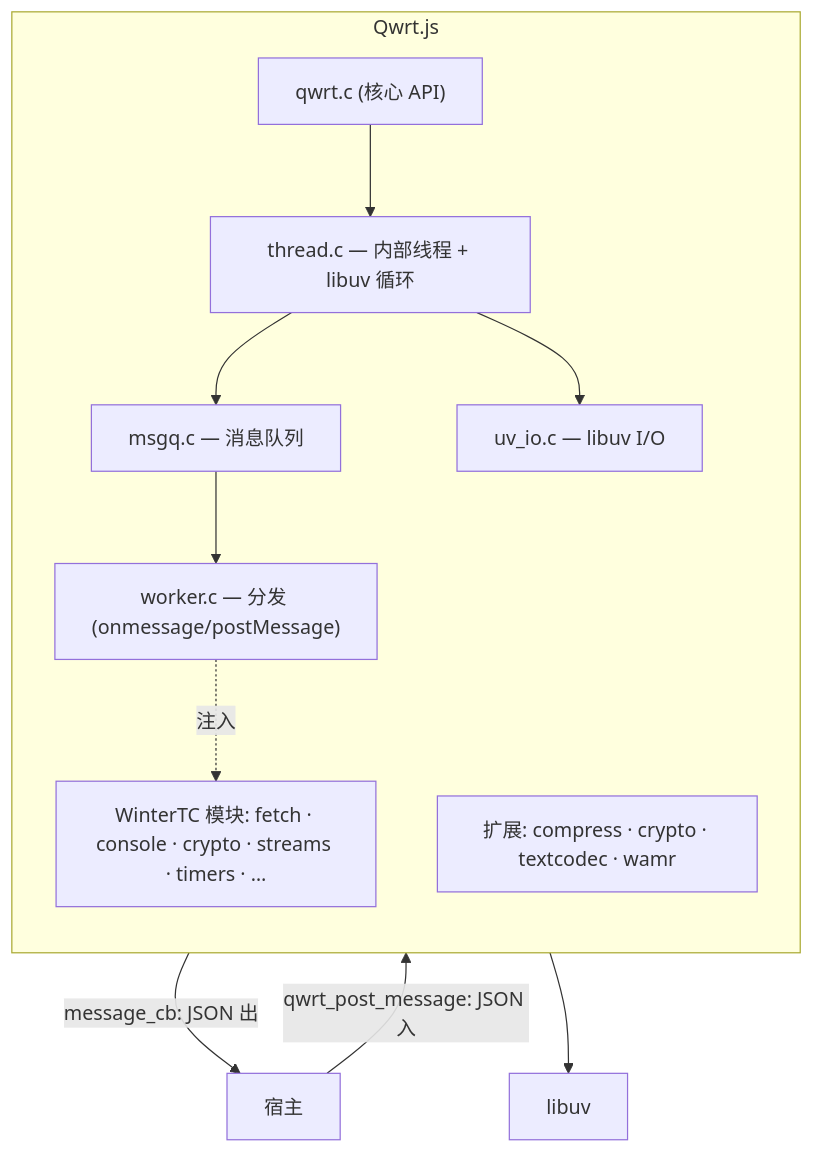
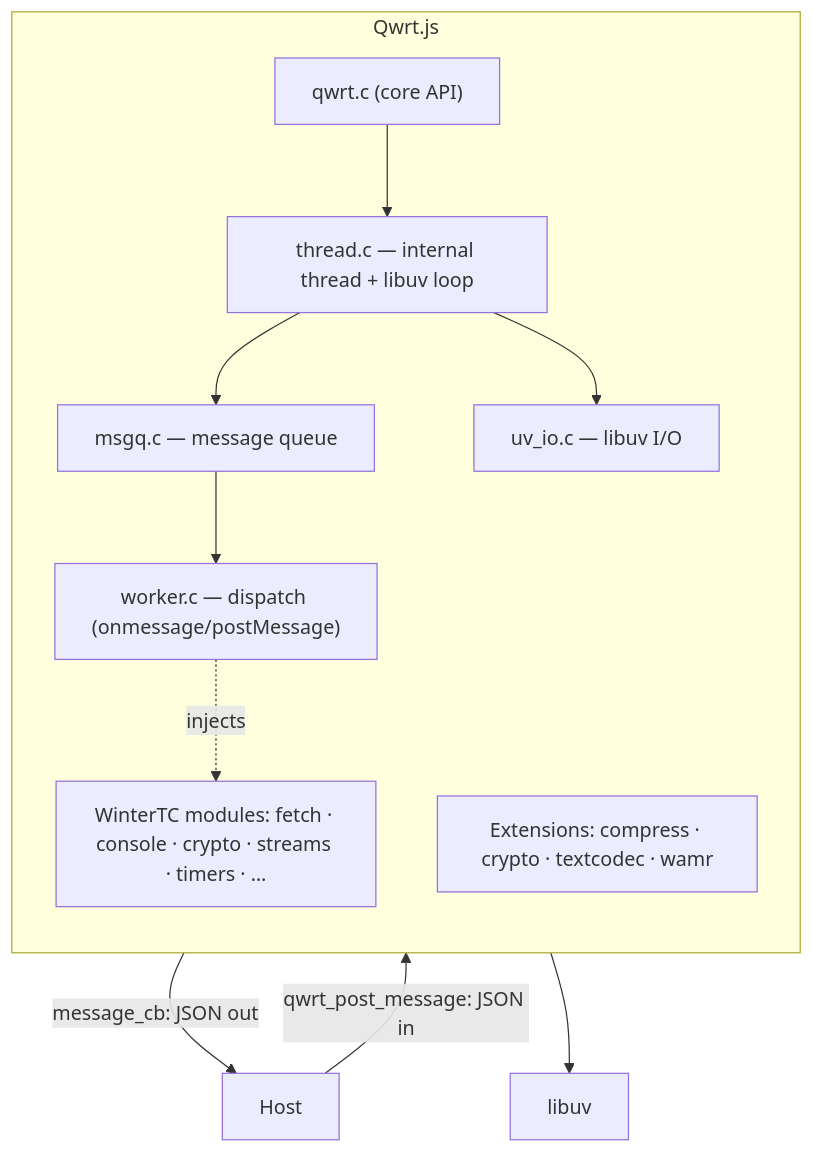
Before and after one commit to adam-ikari/qwrt: the diagram in docs/zh/index.md, drawn with Mermaid. The commit also changed other lines of this file and 2 other files, not shown here.

````diff
--- a/docs/zh/index.md
+++ b/docs/zh/index.md
@@ -74,21 +72,21 @@
 ```mermaid
 flowchart TB
     subgraph QWRT["Qwrt.js"]
         direction TB
-        Core["qwrt.c (核心 API)"]
-        Thread["thread.c — 内部线程 + libuv 循环"]
-        Msgq["msgq.c — 消息队列"]
-        Worker["worker.c — 分发 (onmessage/postMessage)"]
+        Core["qwrt.c (core API)"]
+        Thread["thread.c — internal thread + libuv loop"]
+        Msgq["msgq.c — message queue"]
+        Worker["worker.c — dispatch (onmessage/postMessage)"]
         UvIO["uv_io.c — libuv I/O"]
         Core --> Thread
         Thread --> Msgq
         Msgq --> Worker
         Thread --> UvIO
-        JS["WinterTC 模块: fetch · console · crypto · streams · timers · …"]
-        ExtList["扩展: compress · crypto · textcodec · wamr"]
-        Worker -.注入.-> JS
+        JS["WinterTC modules: fetch · console · crypto · streams · timers · …"]
+        ExtList["Extensions: compress · crypto · textcodec · wamr"]
+        Worker -.injects.-> JS
     end
-    HOST["宿主"] -->|"qwrt_post_message: JSON 入"| Msgq
-    Worker -->|"message_cb: JSON 出"| HOST
+    HOST["Host"] -->|"qwrt_post_message: JSON in"| Msgq
+    Worker -->|"message_cb: JSON out"| HOST
     UvIO --> LIBUV["libuv"]
 ```
````
